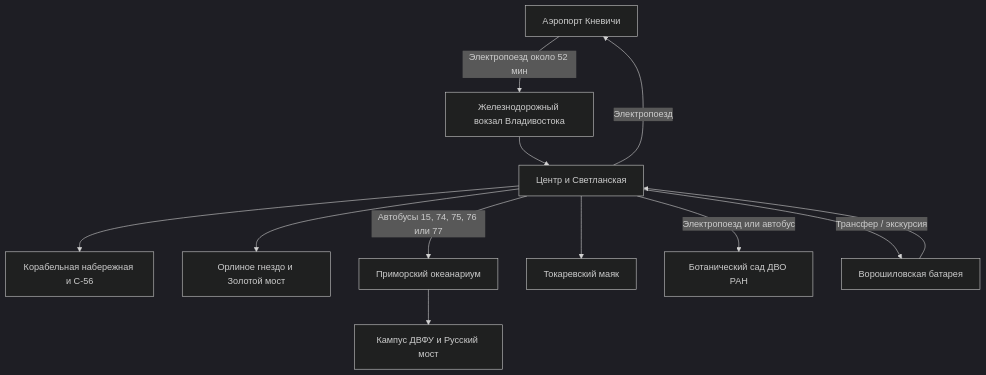
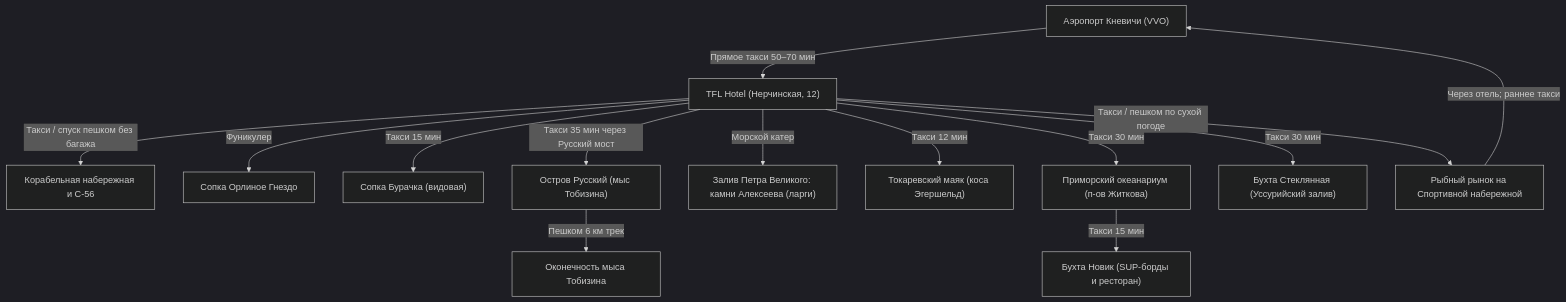
One commit to injurka/obsidian-mark changed the diagram in Personal Note/Travel/-- Владивосток/02 - Маршрутный план/Маршрутный план.md. Above: the diagram before and after it, drawn with Mermaid (dark theme). The commit also changed other lines of this file and 75 other files, not shown here.

````diff
--- a/Personal Note/Travel/-- Владивосток/02 - Маршрутный план/Маршрутный план.md
+++ b/Personal Note/Travel/-- Владивосток/02 - Маршрутный план/Маршрутный план.md
@@ -63,14 +48,16 @@
 ```mermaid
-graph TD
-    A[Аэропорт Кневичи] -->|Электропоезд около 52 мин| B[Железнодорожный вокзал Владивостока]
-    B --> C[Центр и Светланская]
-    C --> D[Корабельная набережная и С-56]
-    C --> E[Орлиное гнездо и Золотой мост]
-    C -->|Автобусы 15, 74, 75, 76 или 77| F[Приморский океанариум]
-    F --> G[Кампус ДВФУ и Русский мост]
-    C --> H[Токаревский маяк]
-    C -->|Электропоезд или автобус| I[Ботанический сад ДВО РАН]
-    C -->|Трансфер / экскурсия| J[Ворошиловская батарея]
-    J --> C
-    C -->|Электропоезд| A
+flowchart TD
+    A["Аэропорт Кневичи (VVO)"] -->|Прямое такси 50–70 мин| C["TFL Hotel (Нерчинская, 12)"]
+    C -->|Такси / спуск пешком без багажа| D["Корабельная набережная и С-56"]
+    C -->|Фуникулер| E["Сопка Орлиное Гнездо"]
+    C -->|Такси 15 мин| F["Сопка Бурачка (видовая)"]
+    C -->|Такси 35 мин через Русский мост| G["Остров Русский (мыс Тобизина)"]
+    G -->|Пешком 6 км трек| H["Оконечность мыса Тобизина"]
+    C -->|Морской катер| I["Залив Петра Великого: камни Алексеева (ларги)"]
+    C -->|Такси 12 мин| J["Токаревский маяк (коса Эгершельд)"]
+    C -->|Такси 30 мин| K["Приморский океанариум (п-ов Житкова)"]
+    K -->|Такси 15 мин| L["Бухта Новик (SUP-борды и ресторан)"]
+    C -->|Такси 30 мин| M["Бухта Стеклянная (Уссурийский залив)"]
+    C -->|Такси / пешком по сухой погоде| N["Рыбный рынок на Спортивной набережной"]
+    N -->|Через отель; раннее такси| A
 ```
````
